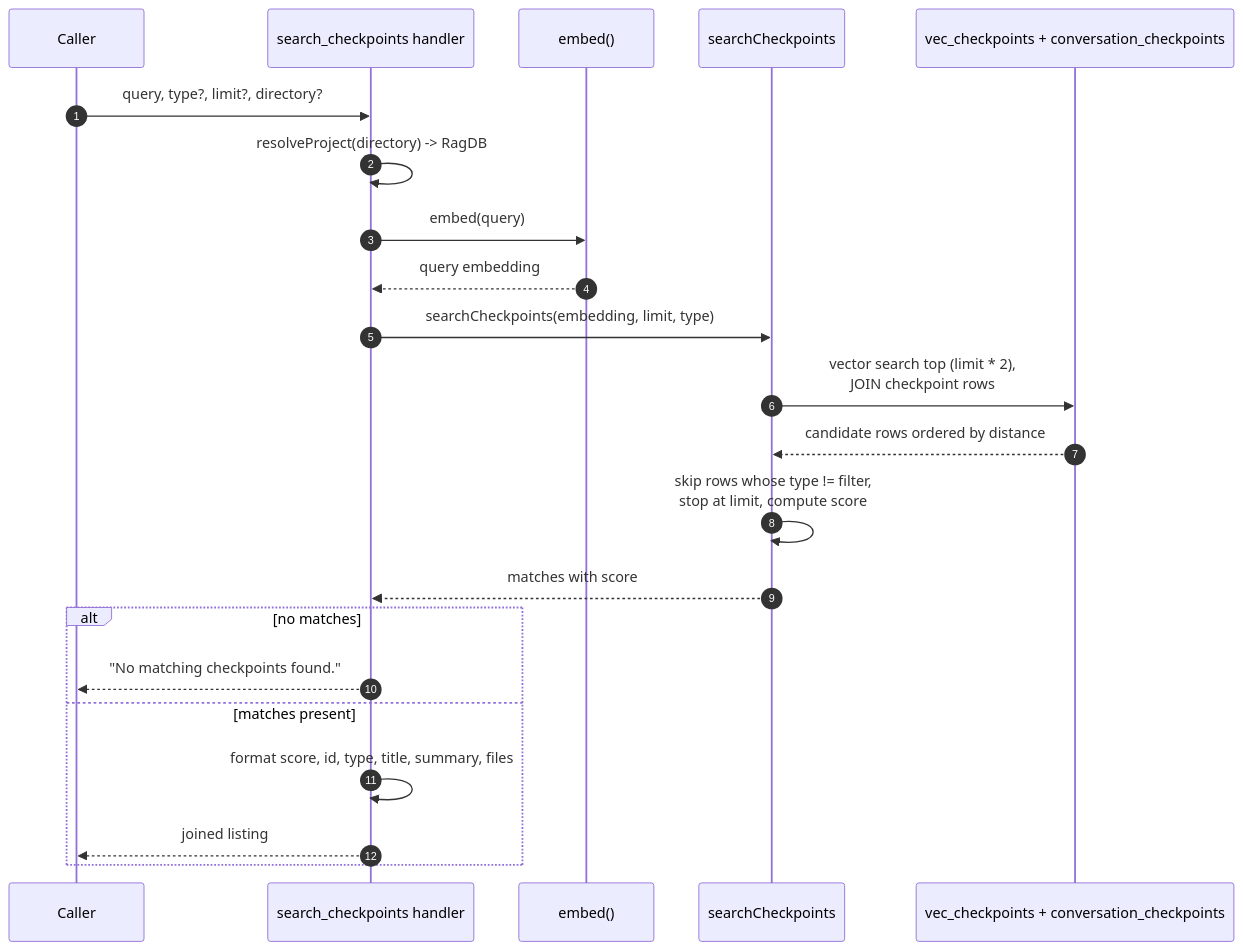
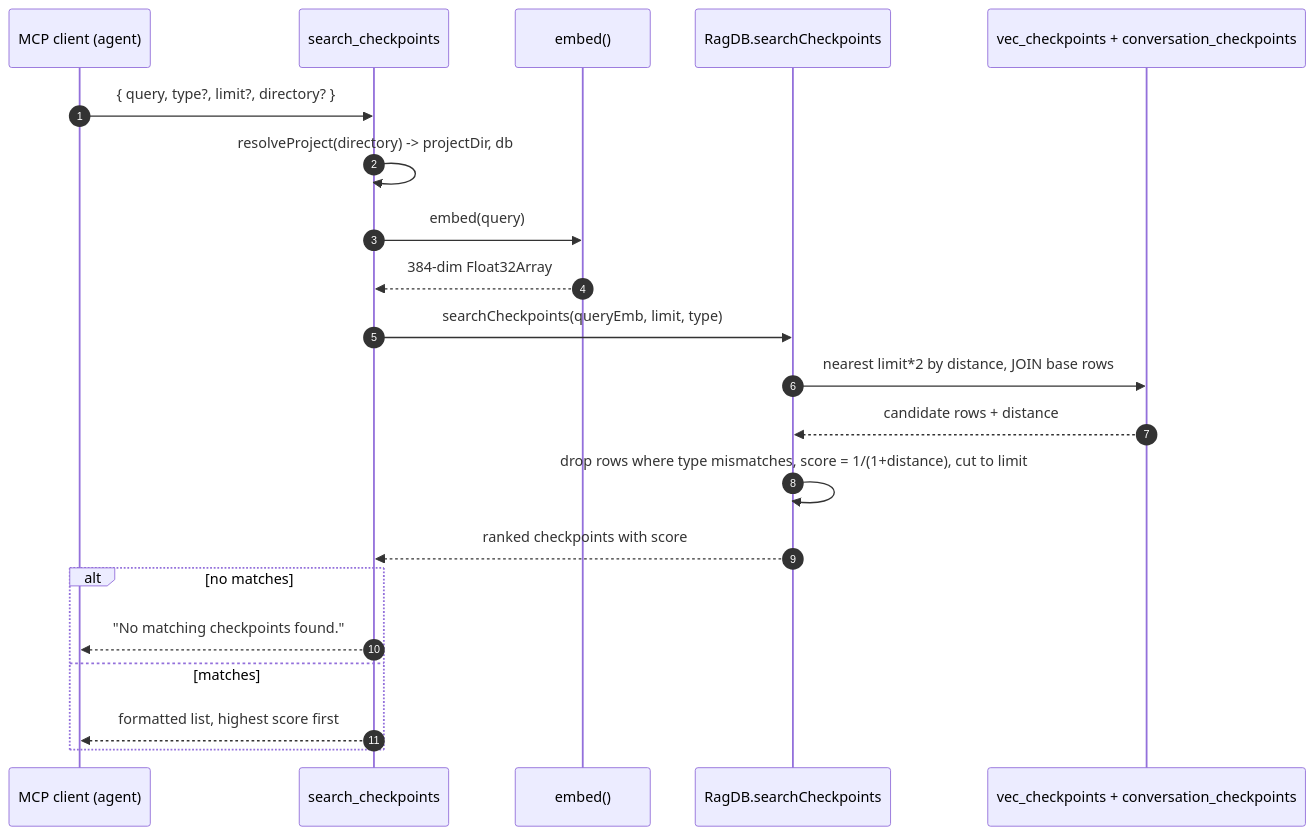
The diagram in wiki/tools/search-checkpoints.md (TheWinci/mimirs), drawn with Mermaid before and after one commit. The commit also changed other lines of this file and 51 other files, not shown here.

````diff
--- a/wiki/tools/search-checkpoints.md
+++ b/wiki/tools/search-checkpoints.md
@@ -9,25 +15,24 @@
 ```mermaid
 sequenceDiagram
-  autonumber
-  participant Caller
-  participant Tool as search_checkpoints handler
-  participant Embed as embed()
-  participant DB as searchCheckpoints
-  participant SQLite as vec_checkpoints + conversation_checkpoints
+    autonumber
+    participant Agent as MCP client (agent)
+    participant Tool as search_checkpoints
+    participant Embed as embed()
+    participant DB as RagDB.searchCheckpoints
+    participant Vec as vec_checkpoints + conversation_checkpoints
 
-  Caller->>Tool: query, type?, limit?, directory?
-  Tool->>Tool: resolveProject(directory) -> RagDB
-  Tool->>Embed: embed(query)
-  Embed-->>Tool: query embedding
-  Tool->>DB: searchCheckpoints(embedding, limit, type)
-  DB->>SQLite: vector search top (limit * 2),<br>JOIN checkpoint rows
-  SQLite-->>DB: candidate rows ordered by distance
-  DB->>DB: skip rows whose type != filter,<br>stop at limit, compute score
-  DB-->>Tool: matches with score
-  alt no matches
-    Tool-->>Caller: "No matching checkpoints found."
-  else matches present
-    Tool->>Tool: format score, id, type, title, summary, files
-    Tool-->>Caller: joined listing
-  end
+    Agent->>Tool: { query, type?, limit?, directory? }
+    Tool->>Tool: resolveProject(directory) -> projectDir, db
+    Tool->>Embed: embed(query)
+    Embed-->>Tool: 384-dim Float32Array
+    Tool->>DB: searchCheckpoints(queryEmb, limit, type)
+    DB->>Vec: nearest limit*2 by distance, JOIN base rows
+    Vec-->>DB: candidate rows + distance
+    DB->>DB: drop rows where type mismatches, score = 1/(1+distance), cut to limit
+    DB-->>Tool: ranked checkpoints with score
+    alt no matches
+        Tool-->>Agent: "No matching checkpoints found."
+    else matches
+        Tool-->>Agent: formatted list, highest score first
+    end
 ```
````
